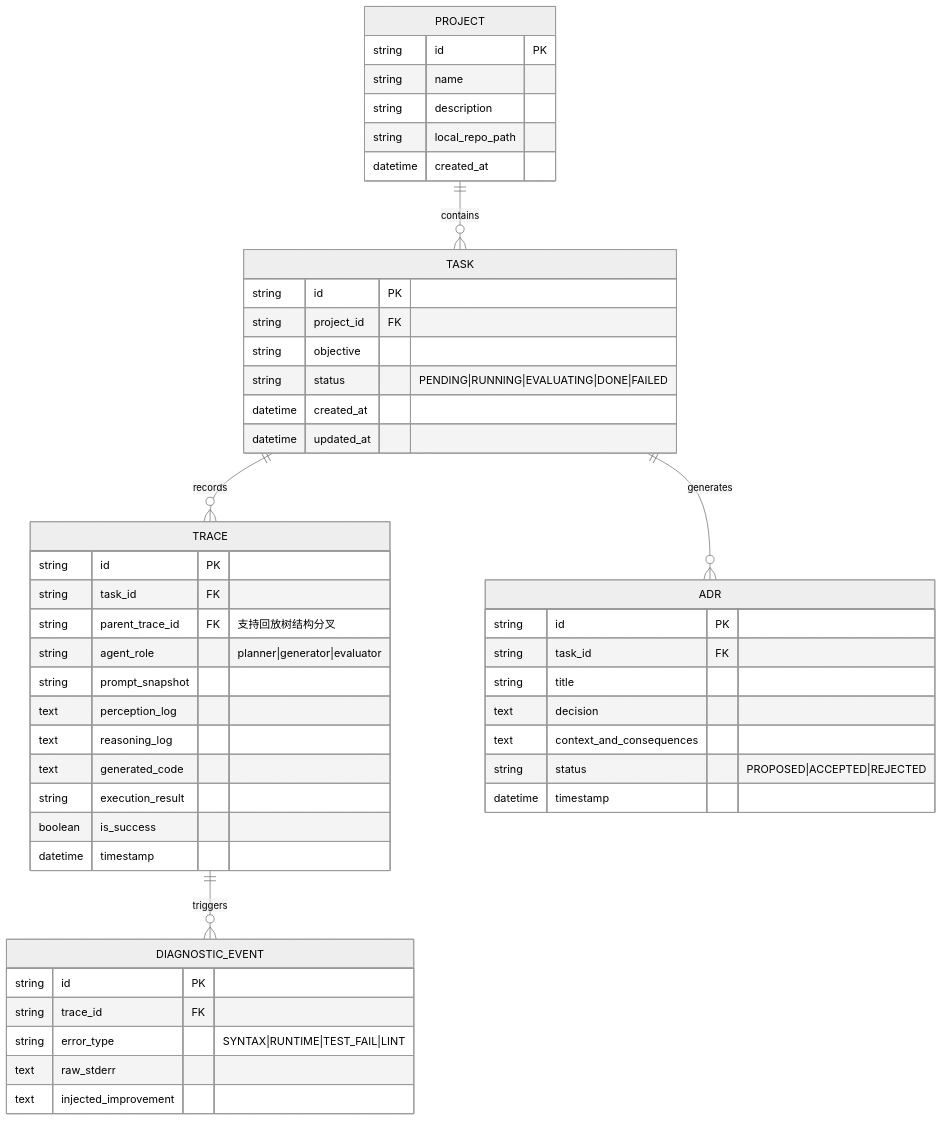
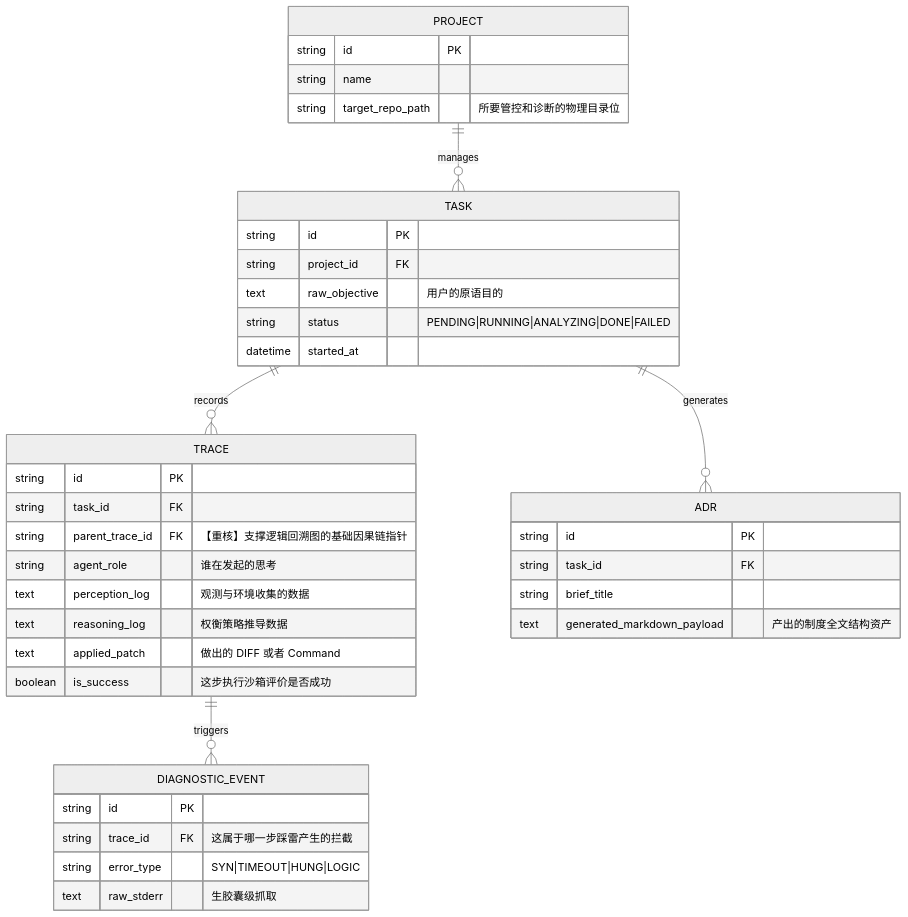
The diagram in docs/design/data_model.md (niuchangsheng/agent), drawn with Mermaid (neutral theme) before and after one commit. The commit also changed other lines of this file and 5 other files, not shown here.

````diff
--- a/docs/design/data_model.md
+++ b/docs/design/data_model.md
@@ -7,56 +6,46 @@
 ```mermaid
 erDiagram
-    PROJECT ||--o{ TASK : contains
+    PROJECT ||--o{ TASK : manages
     TASK ||--o{ TRACE : records
     TASK ||--o{ ADR : generates
     TRACE ||--o{ DIAGNOSTIC_EVENT : triggers
     
     PROJECT {
         string id PK
         string name
-        string description
-        string local_repo_path
-        datetime created_at
+        string target_repo_path "所要管控和诊断的物理目录位"
     }
     
     TASK {
         string id PK
         string project_id FK
-        string objective
-        string status "PENDING|RUNNING|EVALUATING|DONE|FAILED"
-        datetime created_at
-        datetime updated_at
+        text raw_objective "用户的原语目的"
+        string status "PENDING|RUNNING|ANALYZING|DONE|FAILED"
+        datetime started_at
     }
     
     TRACE {
         string id PK
         string task_id FK
-        string parent_trace_id FK "支持回放树结构分叉"
-        string agent_role "planner|generator|evaluator"
-        string prompt_snapshot
-        text perception_log
-        text reasoning_log
-        text generated_code
-        string execution_result 
-        boolean is_success
-        datetime timestamp
+        string parent_trace_id FK "【重核】支撑逻辑回溯图的基础因果链指针"
+        string agent_role "谁在发起的思考"
+        text perception_log "观测与环境收集的数据"
+        text reasoning_log "权衡策略推导数据"
+        text applied_patch "做出的 DIFF 或者 Command"
+        boolean is_success "这步执行沙箱评价是否成功"
     }
     
     DIAGNOSTIC_EVENT {
         string id PK
-        string trace_id FK
-        string error_type "SYNTAX|RUNTIME|TEST_FAIL|LINT"
-        text raw_stderr
-        text injected_improvement
+        string trace_id FK "这属于哪一步踩雷产生的拦截"
+        string error_type "SYN|TIMEOUT|HUNG|LOGIC"
+        text raw_stderr "生胶囊级抓取"
     }
     
     ADR {
         string id PK
         string task_id FK
-        string title
-        text decision
-        text context_and_consequences
-        string status "PROPOSED|ACCEPTED|REJECTED"
-        datetime timestamp
+        string brief_title
+        text generated_markdown_payload "产出的制度全文结构资产"
     }
 ```
````
